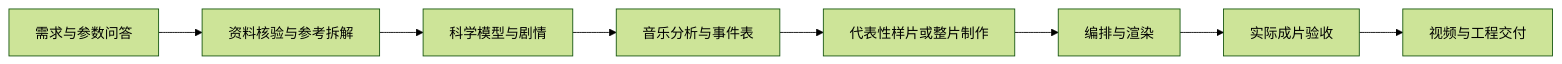
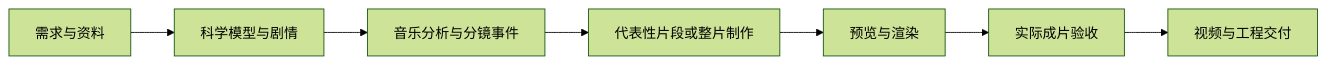
Before and after one commit to win520-1206/vibe-cinematic-video: the diagram in README.md, drawn with Mermaid (forest theme). The commit also changed other lines of this file, not shown here.

````diff
--- a/README.md
+++ b/README.md
@@ -87,10 +167,9 @@
 ```mermaid
 flowchart LR
-    A[需求与参数问答] --> B[资料核验与参考拆解]
-    B --> C[科学模型与剧情]
-    C --> D[音乐分析与事件表]
-    D --> E[代表性样片或整片制作]
-    E --> F[编排与渲染]
-    F --> G[实际成片验收]
-    G --> H[视频与工程交付]
+    A[需求与资料] --> B[科学模型与剧情]
+    B --> C[音乐分析与分镜事件]
+    C --> D[代表性片段或整片制作]
+    D --> E[预览与渲染]
+    E --> F[实际成片验收]
+    F --> G[视频与工程交付]
 ```
````
